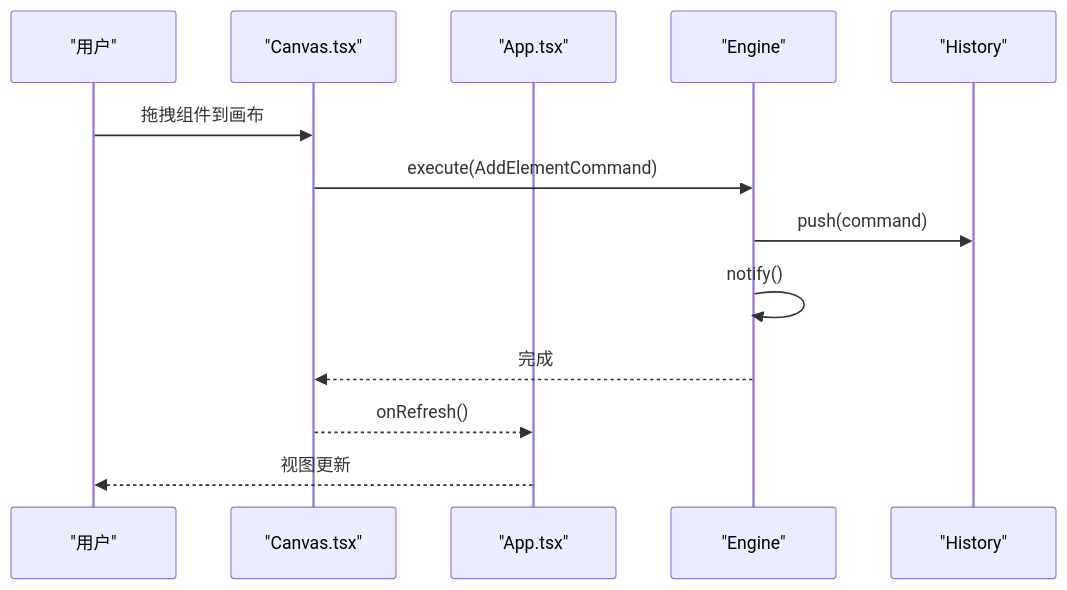
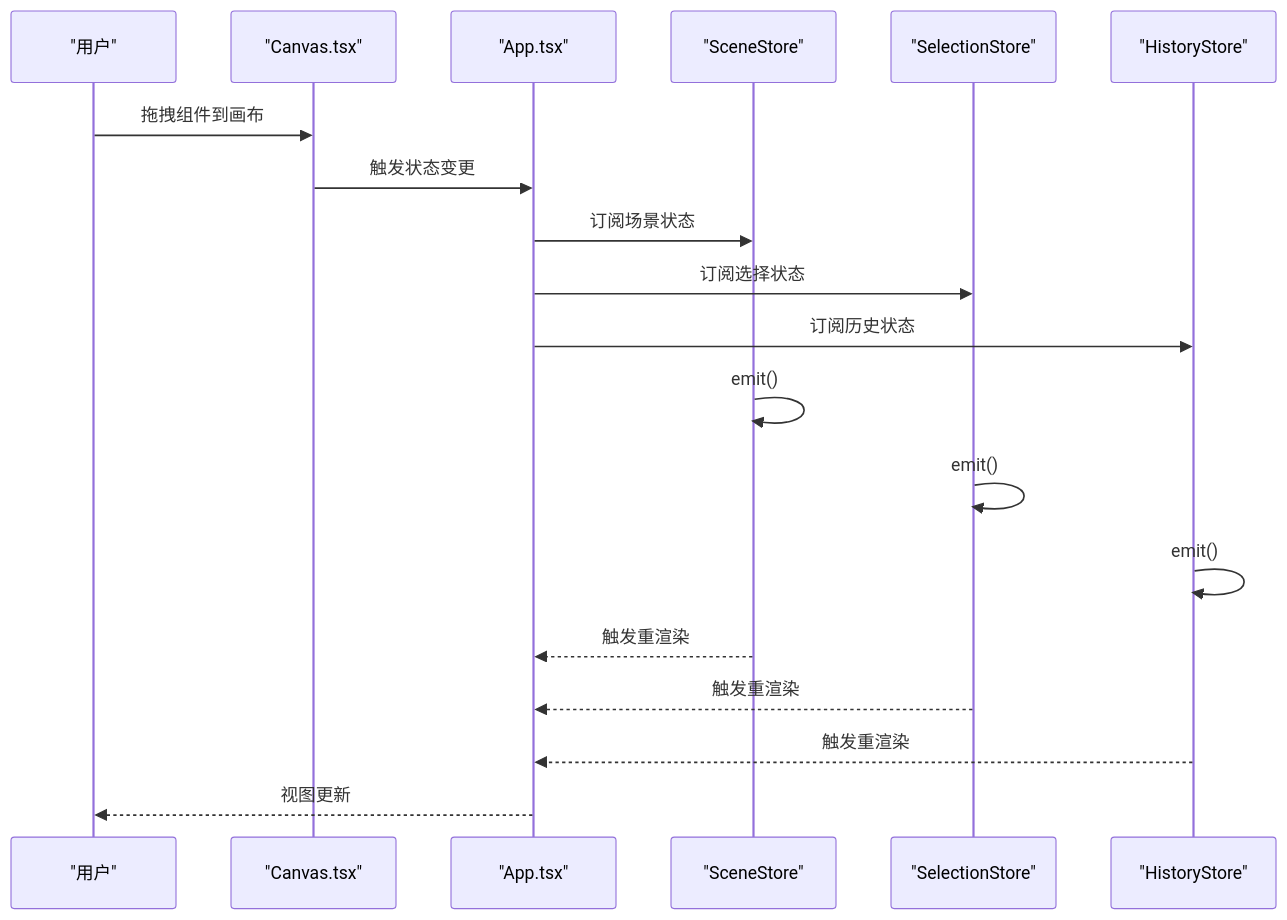
One commit to Anna0314zy/ai_editor_enginer changed diagram 12 of 14 in .qoder/repowiki/zh/content/核心架构/核心架构.md. Above: the diagram before and after it, drawn with Mermaid. The commit also changed other lines of this file and 17 other files, not shown here.

````diff
--- a/.qoder/repowiki/zh/content/核心架构/核心架构.md
+++ b/.qoder/repowiki/zh/content/核心架构/核心架构.md
@@ -504,15 +751,21 @@
 ```mermaid
 sequenceDiagram
 participant User as "用户"
 participant Canvas as "Canvas.tsx"
 participant App as "App.tsx"
-participant Eng as "Engine"
-participant Hist as "History"
+participant SceneStore as "SceneStore"
+participant SelectionStore as "SelectionStore"
+participant HistoryStore as "HistoryStore"
 User->>Canvas : 拖拽组件到画布
-Canvas->>Eng : execute(AddElementCommand)
-Eng->>Hist : push(command)
-Eng->>Eng : notify()
-Eng-->>Canvas : 完成
-Canvas-->>App : onRefresh()
+Canvas->>App : 触发状态变更
+App->>SceneStore : 订阅场景状态
+App->>SelectionStore : 订阅选择状态
+App->>HistoryStore : 订阅历史状态
+SceneStore->>SceneStore : emit()
+SelectionStore->>SelectionStore : emit()
+HistoryStore->>HistoryStore : emit()
+SceneStore-->>App : 触发重渲染
+SelectionStore-->>App : 触发重渲染
+HistoryStore-->>App : 触发重渲染
 App-->>User : 视图更新
 ```
````
